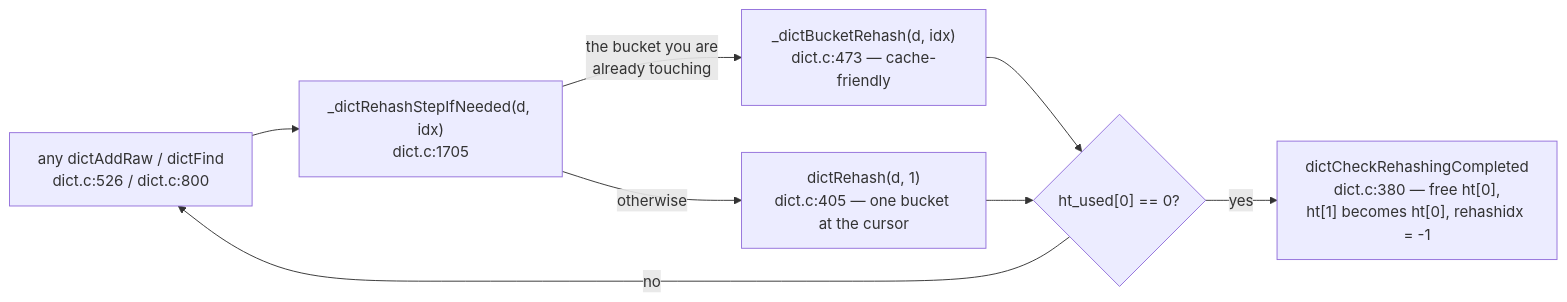
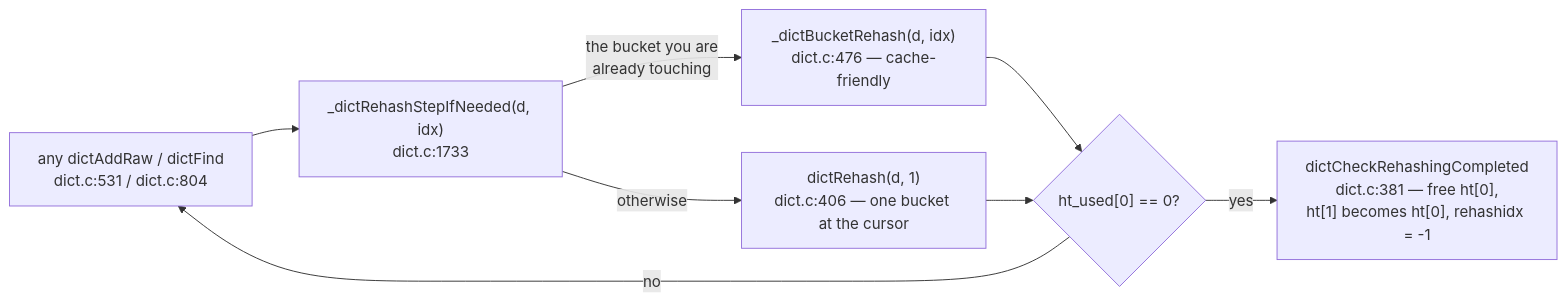
The diagram in topics/02-in-memory-structures/reading-redis-dict.md (AviAvni/database-learning-path), drawn with Mermaid before and after one commit. The commit also changed other lines of this file and 26 other files, not shown here.

````diff
--- a/topics/02-in-memory-structures/reading-redis-dict.md
+++ b/topics/02-in-memory-structures/reading-redis-dict.md
@@ -194,10 +194,10 @@
 ```mermaid
 flowchart LR
-    OP["any dictAddRaw / dictFind<br/>dict.c:526 / dict.c:800"] --> HOOK["_dictRehashStepIfNeeded(d, idx)<br/>dict.c:1705"]
-    HOOK -- "the bucket you are<br/>already touching" --> BR["_dictBucketRehash(d, idx)<br/>dict.c:473 — cache-friendly"]
-    HOOK -- "otherwise" --> RH["dictRehash(d, 1)<br/>dict.c:405 — one bucket at the cursor"]
+    OP["any dictAddRaw / dictFind<br/>dict.c:531 / dict.c:804"] --> HOOK["_dictRehashStepIfNeeded(d, idx)<br/>dict.c:1733"]
+    HOOK -- "the bucket you are<br/>already touching" --> BR["_dictBucketRehash(d, idx)<br/>dict.c:476 — cache-friendly"]
+    HOOK -- "otherwise" --> RH["dictRehash(d, 1)<br/>dict.c:406 — one bucket at the cursor"]
     BR --> DONE{"ht_used[0] == 0?"}
     RH --> DONE
-    DONE -- yes --> SWAP["dictCheckRehashingCompleted<br/>dict.c:380 — free ht[0],<br/>ht[1] becomes ht[0], rehashidx = -1"]
+    DONE -- yes --> SWAP["dictCheckRehashingCompleted<br/>dict.c:381 — free ht[0],<br/>ht[1] becomes ht[0], rehashidx = -1"]
     DONE -- no --> OP
 ```
````
